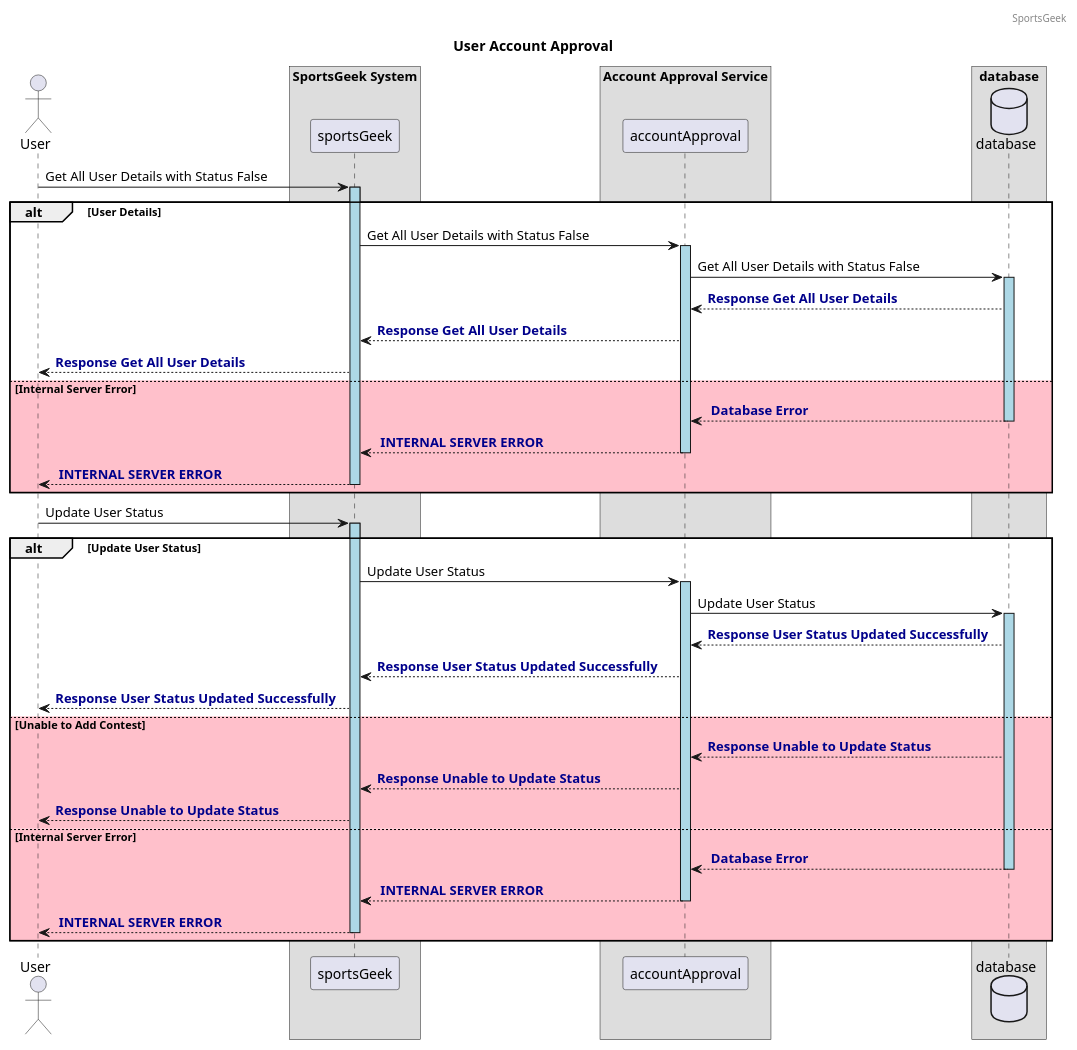
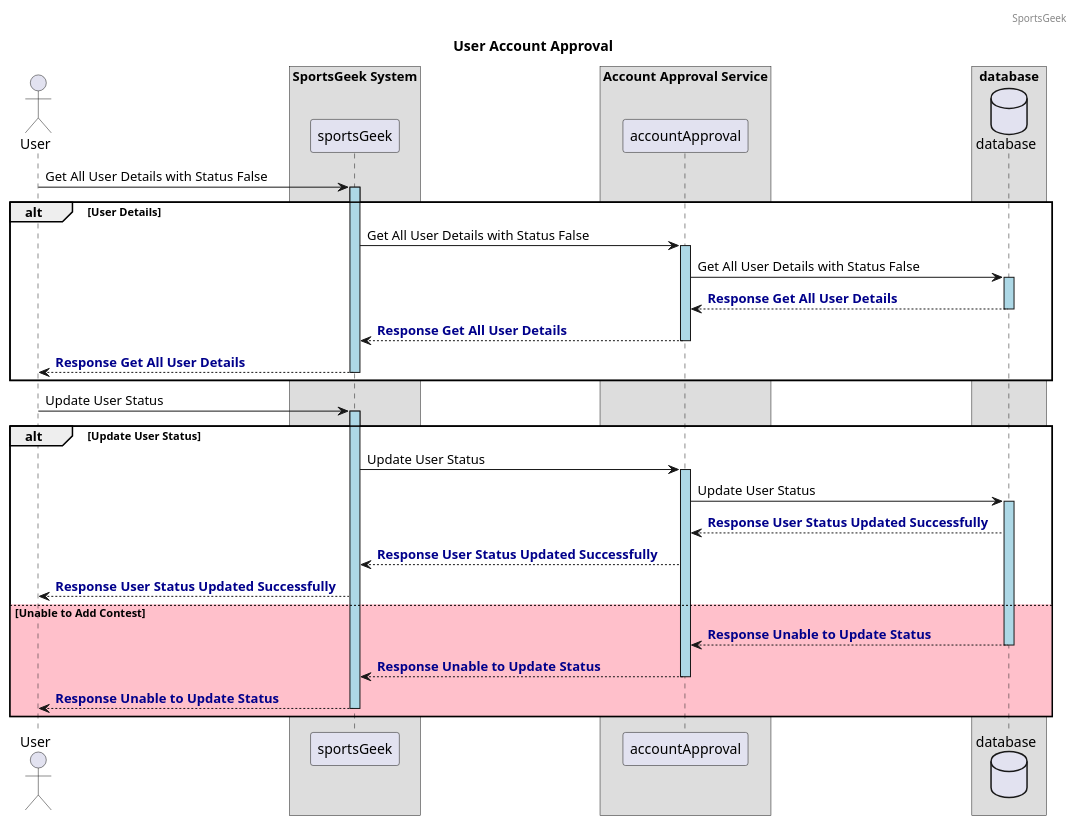
The diagram in src/doc/sequenceDiagram/userAccountApproval.puml (suraj903/sportsgeek_backend-1), drawn with PlantUML before and after one commit. The commit also changed 19 other files, not shown here.

Commit message:
Sequence Diagram implementation --sajesh

```diff
--- a/src/doc/sequenceDiagram/userAccountApproval.puml
+++ b/src/doc/sequenceDiagram/userAccountApproval.puml
@@ -1,58 +1,50 @@
 @startuml
 header SportsGeek
 title User Account Approval
 skinparam ParticipantPadding 10
 skinparam BoxPadding 20
 actor User
 box "SportsGeek System"
  participant sportsGeek
 end box
 box "Account Approval Service"
  participant accountApproval
 end box
 box "database"
     database database
 end box
 
 User -> sportsGeek: Get All User Details with Status False
 activate sportsGeek #lightblue
 alt #white User Details
 sportsGeek -> "accountApproval" : Get All User Details with Status False
 activate accountApproval #lightblue
     accountApproval -> "database" : Get All User Details with Status False
     activate "database" #lightblue
     "database" --> "accountApproval" : <font color=darkblue><b>Response Get All User Details
+    deactivate "database"
     "accountApproval" --> "sportsGeek" : <font color=darkblue><b>Response Get All User Details
+   deactivate "accountApproval"
     "sportsGeek" --> User : <font color=darkblue><b>Response Get All User Details
-else #pink Internal Server Error
-"database" --> "accountApproval" : <font color=darkblue><b> Database Error
-deactivate "database"
-"accountApproval" --> "sportsGeek" : <font color=darkblue><b> INTERNAL SERVER ERROR
-deactivate "accountApproval"
-"sportsGeek" --> User : <font color=darkblue><b> INTERNAL SERVER ERROR
 deactivate "sportsGeek"
 end alt
 
 User -> sportsGeek: Update User Status
 activate sportsGeek #lightblue
 alt #white Update User Status
 sportsGeek -> "accountApproval" : Update User Status
 activate accountApproval #lightblue
     accountApproval -> "database" : Update User Status
     activate "database" #lightblue
     "database" --> "accountApproval" : <font color=darkblue><b>Response User Status Updated Successfully
     "accountApproval" --> "sportsGeek" : <font color=darkblue><b>Response User Status Updated Successfully
     "sportsGeek" --> User : <font color=darkblue><b>Response User Status Updated Successfully
 else #pink Unable to Add Contest
 "database" --> "accountApproval" : <font color=darkblue><b>Response Unable to Update Status
+deactivate "database"
 "accountApproval" --> "sportsGeek" : <font color=darkblue><b>Response Unable to Update Status
+deactivate "accountApproval"
 "sportsGeek" --> User : <font color=darkblue><b>Response Unable to Update Status
-else #pink Internal Server Error
-"database" --> "accountApproval" : <font color=darkblue><b> Database Error
-deactivate "database"
-"accountApproval" --> "sportsGeek" : <font color=darkblue><b> INTERNAL SERVER ERROR
-deactivate "accountApproval"
-"sportsGeek" --> User : <font color=darkblue><b> INTERNAL SERVER ERROR
 deactivate "sportsGeek"
 end alt
 @enduml
```
